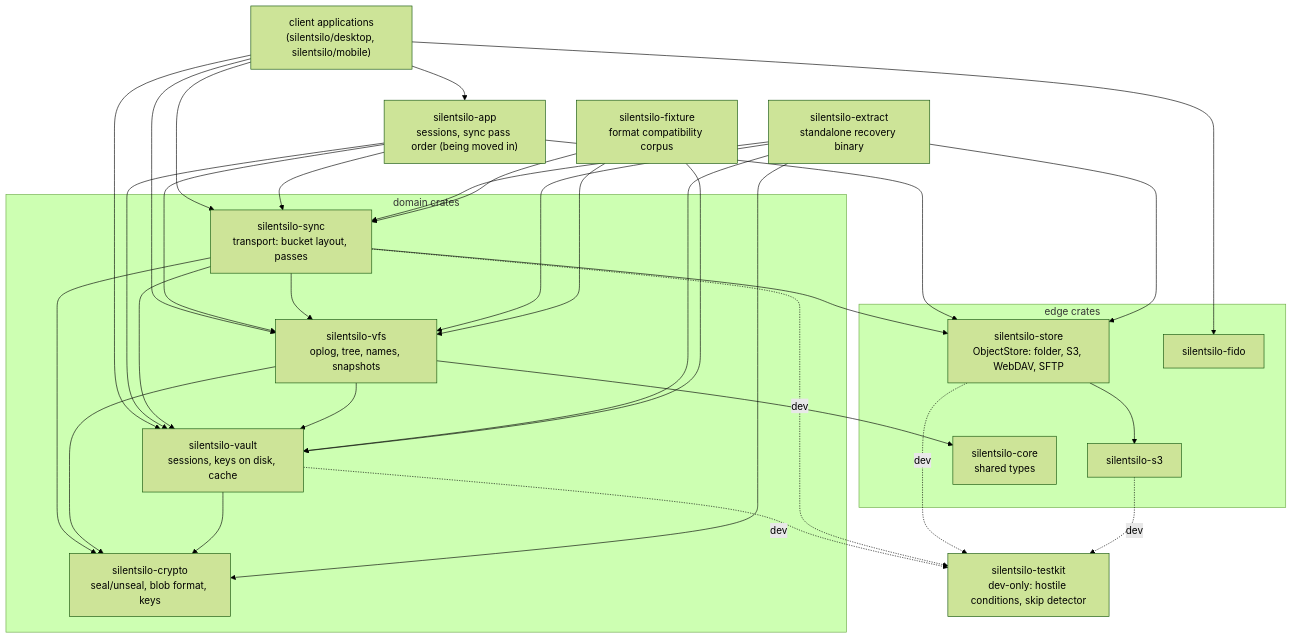
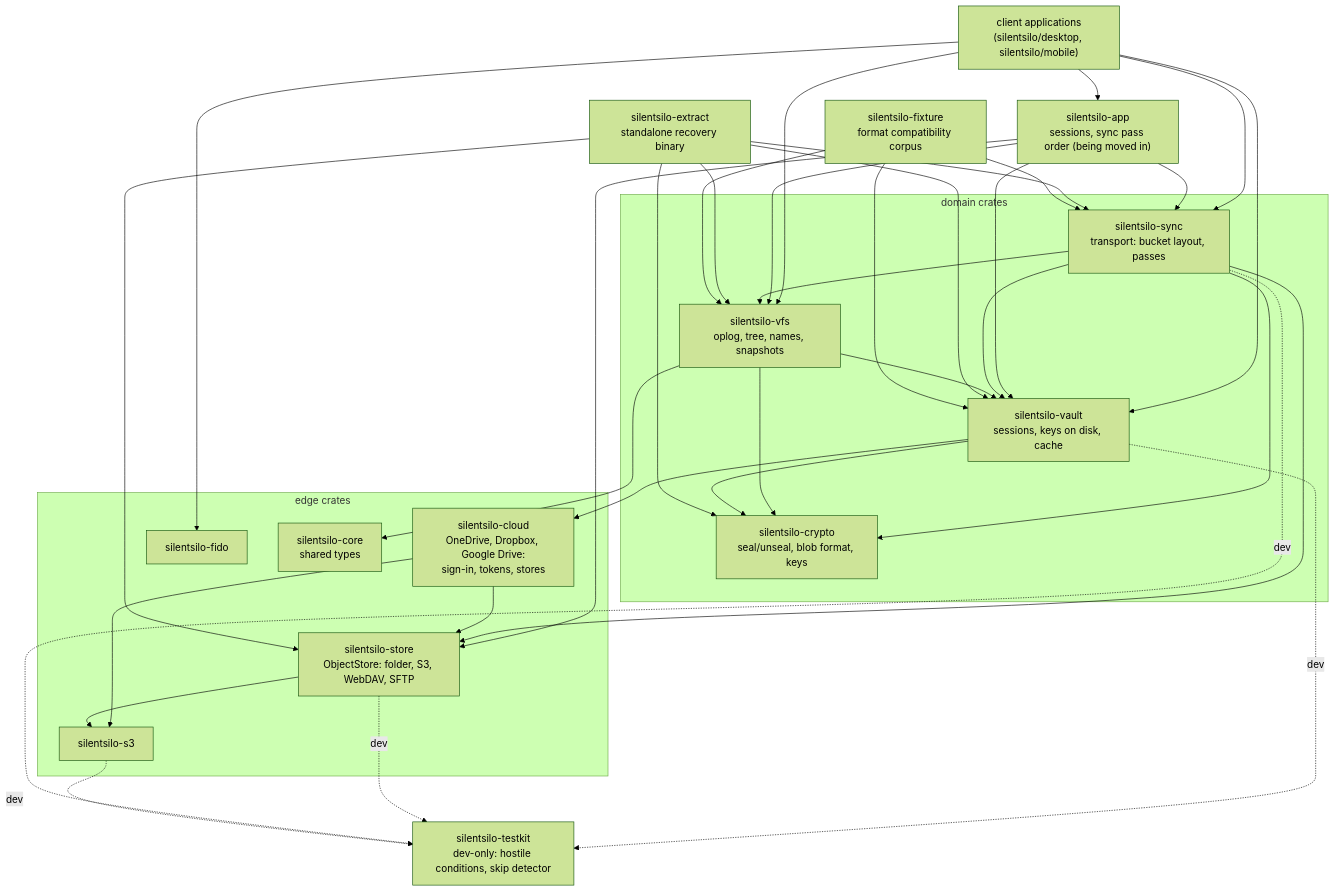
Before and after one commit to silentsilo/core: the first of 4 diagrams in docs/ARCHITECTURE.md, drawn with Mermaid (forest theme). The commit also changed other lines of this file and 2 other files, not shown here.

Commit message:
Docs: the cloud backends in the map, FORMATS and the changelog

````diff
--- a/docs/ARCHITECTURE.md
+++ b/docs/ARCHITECTURE.md
@@ -34,30 +34,32 @@
 ```mermaid
 flowchart TD
     subgraph domain["domain crates"]
         VFS["silentsilo-vfs<br/>oplog, tree, names, snapshots"]
         VAULT["silentsilo-vault<br/>sessions, keys on disk, cache"]
         SYNC["silentsilo-sync<br/>transport: bucket layout, passes"]
         CRYPTO["silentsilo-crypto<br/>seal/unseal, blob format, keys"]
     end
     subgraph edge["edge crates"]
         STORE["silentsilo-store<br/>ObjectStore: folder, S3, WebDAV, SFTP"]
+        CLOUD["silentsilo-cloud<br/>OneDrive, Dropbox, Google Drive:<br/>sign-in, tokens, stores"]
         S3C["silentsilo-s3"]
         FIDO["silentsilo-fido"]
         CORE["silentsilo-core<br/>shared types"]
     end
     APP["silentsilo-app<br/>sessions, sync pass order (being moved in)"]
     EXTRACT["silentsilo-extract<br/>standalone recovery binary"]
     FIXTURE["silentsilo-fixture<br/>format compatibility corpus"]
     TESTKIT["silentsilo-testkit<br/>dev-only: hostile conditions, skip detector"]
     CLIENT["client applications<br/>(silentsilo/desktop, silentsilo/mobile)"]
 
     CLIENT --> APP & VFS & VAULT & SYNC & FIDO
     APP --> SYNC & VFS & VAULT & STORE
     SYNC --> VFS & VAULT & CRYPTO & STORE
     VFS --> VAULT & CRYPTO & CORE
-    VAULT --> CRYPTO
+    VAULT --> CRYPTO & CLOUD
+    CLOUD --> STORE & S3C
     STORE --> S3C
     EXTRACT --> SYNC & VFS & VAULT & CRYPTO & STORE
     FIXTURE --> SYNC & VFS & VAULT
     VAULT & STORE & SYNC & S3C -.dev.-> TESTKIT
 ```
````
